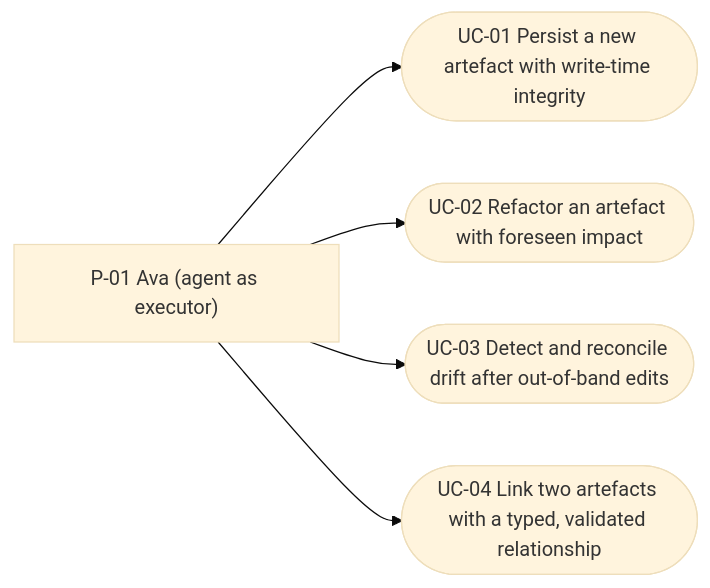
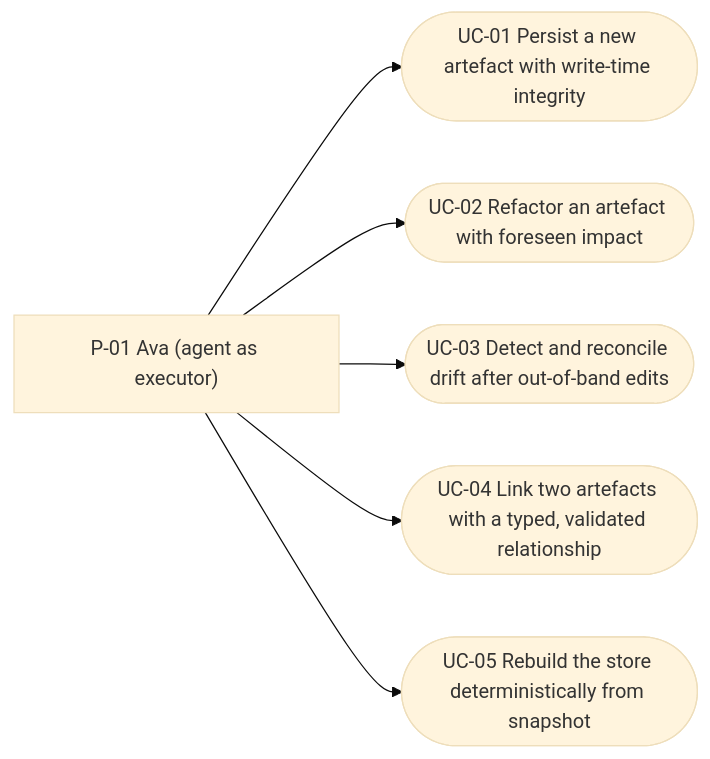
The diagram in docs/product-specs/use-cases/index.md (VictorHueni/clew), drawn with Mermaid (base theme) before and after one commit. The commit also changed other lines of this file and 2 other files, not shown here.

First line of the commit message:
docs(use-cases): UC-05 rebuild the store from snapshot — pre-PRD set complete

````diff
--- a/docs/product-specs/use-cases/index.md
+++ b/docs/product-specs/use-cases/index.md
@@ -47,12 +53,14 @@
 ```mermaid
 flowchart LR
   ava["P-01 Ava (agent as executor)"]
   uc1(["UC-01 Persist a new artefact with write-time integrity"])
   uc2(["UC-02 Refactor an artefact with foreseen impact"])
   uc3(["UC-03 Detect and reconcile drift after out-of-band edits"])
   uc4(["UC-04 Link two artefacts with a typed, validated relationship"])
+  uc5(["UC-05 Rebuild the store deterministically from snapshot"])
   ava --> uc1
   ava --> uc2
   ava --> uc3
   ava --> uc4
+  ava --> uc5
 ```
````
